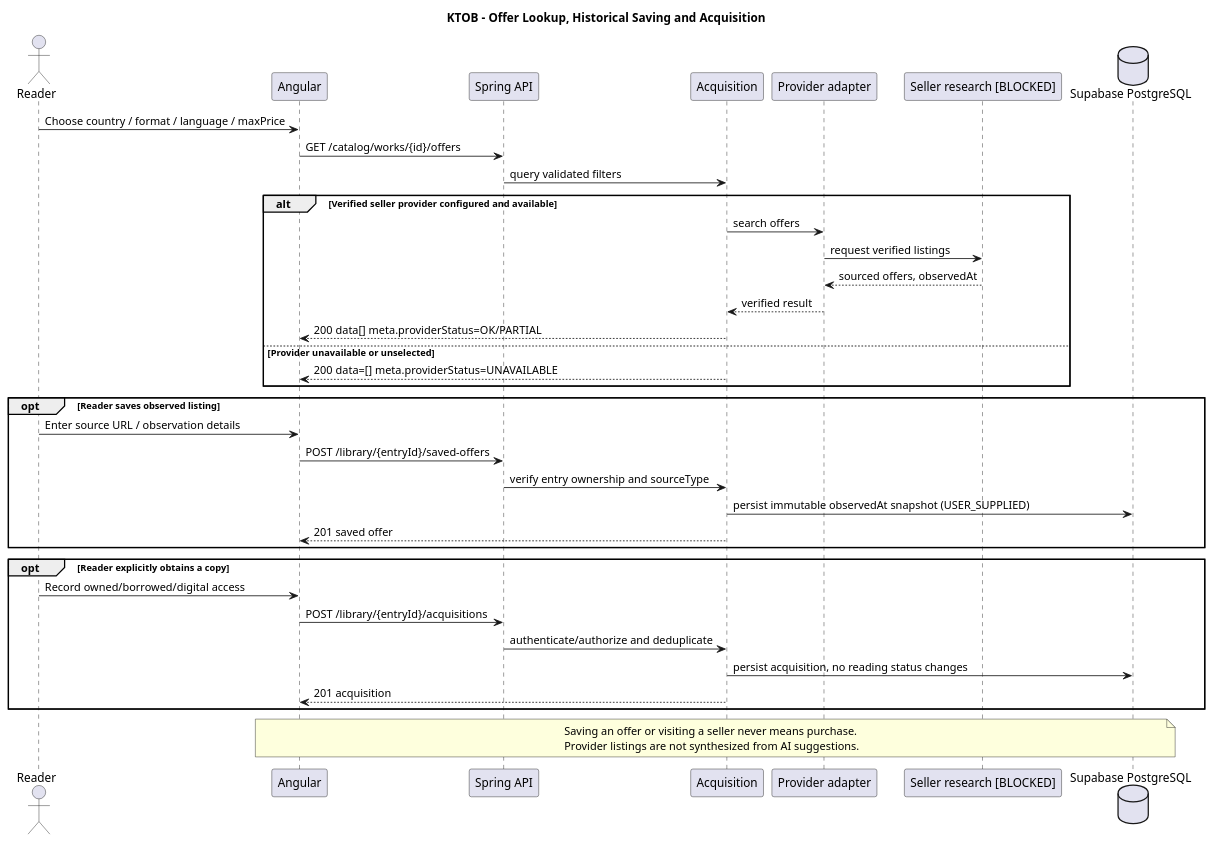
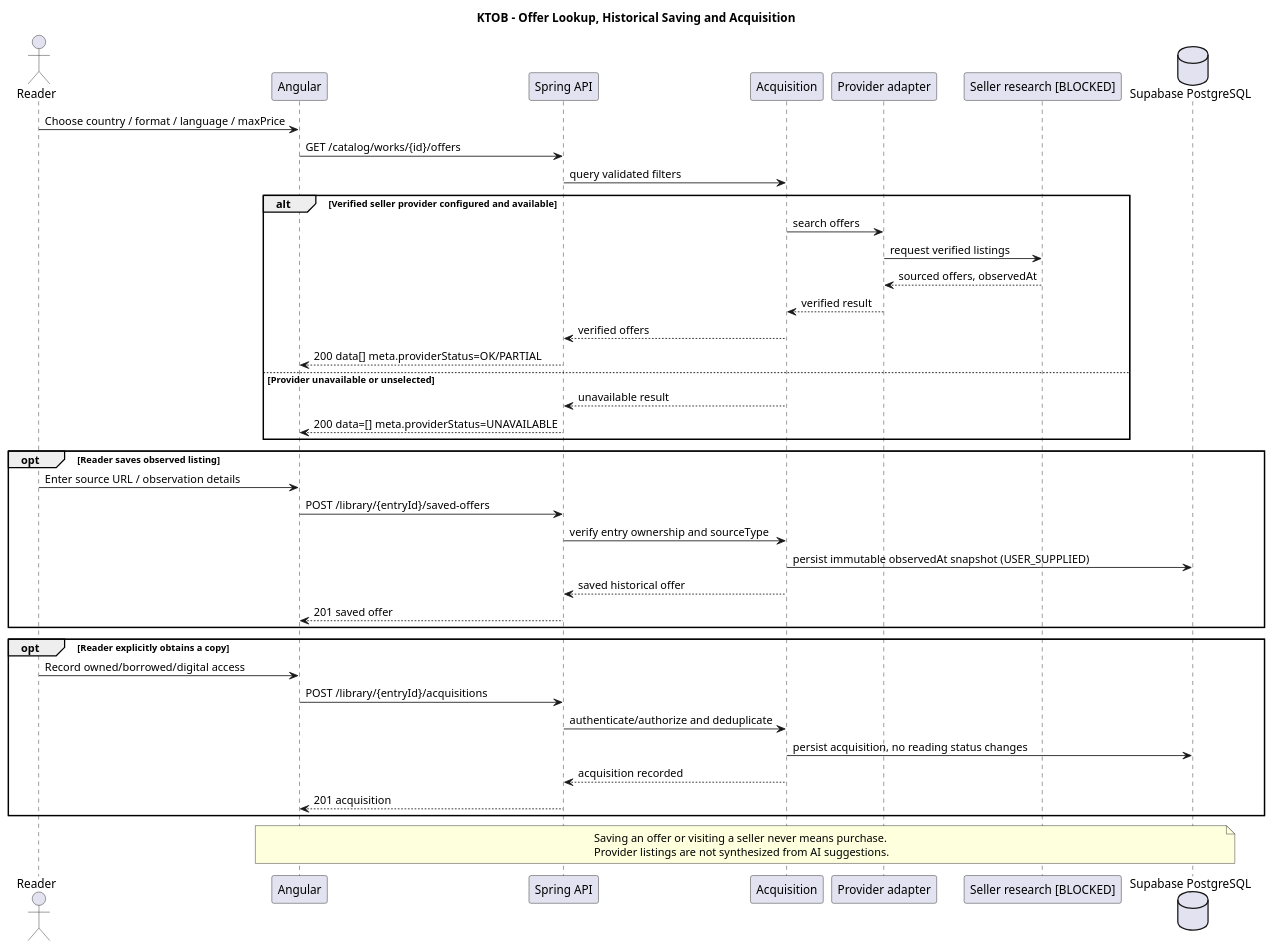
Before and after one commit to Adam-BArbia/ktob-literary-companion: the diagram in docs/uml/11-sequence-acquisition.puml, drawn with PlantUML. The commit also changed 6 other files, not shown here.

Commit message:
docs(uml): route all responses through API and harden real SVG validation

```diff
--- a/docs/uml/11-sequence-acquisition.puml
+++ b/docs/uml/11-sequence-acquisition.puml
@@ -1,40 +1,44 @@
 @startuml KTOB_11_sequence_acquisition
 title KTOB - Offer Lookup, Historical Saving and Acquisition
 actor Reader
 participant "Angular" as UI
 participant "Spring API" as API
 participant "Acquisition" as Acquisition
 participant "Provider adapter" as Adapter
 participant "Seller research [BLOCKED]" as Seller
 database "Supabase PostgreSQL" as DB
 Reader -> UI : Choose country / format / language / maxPrice
 UI -> API : GET /catalog/works/{id}/offers
 API -> Acquisition : query validated filters
 alt Verified seller provider configured and available
  Acquisition -> Adapter : search offers
  Adapter -> Seller : request verified listings
  Seller --> Adapter : sourced offers, observedAt
  Adapter --> Acquisition : verified result
- Acquisition --> UI : 200 data[] meta.providerStatus=OK/PARTIAL
+ Acquisition --> API : verified offers
+API --> UI : 200 data[] meta.providerStatus=OK/PARTIAL
 else Provider unavailable or unselected
- Acquisition --> UI : 200 data=[] meta.providerStatus=UNAVAILABLE
+ Acquisition --> API : unavailable result
+API --> UI : 200 data=[] meta.providerStatus=UNAVAILABLE
 end
 opt Reader saves observed listing
  Reader -> UI : Enter source URL / observation details
  UI -> API : POST /library/{entryId}/saved-offers
  API -> Acquisition : verify entry ownership and sourceType
  Acquisition -> DB : persist immutable observedAt snapshot (USER_SUPPLIED)
- Acquisition --> UI : 201 saved offer
+ Acquisition --> API : saved historical offer
+API --> UI : 201 saved offer
 end
 opt Reader explicitly obtains a copy
  Reader -> UI : Record owned/borrowed/digital access
  UI -> API : POST /library/{entryId}/acquisitions
  API -> Acquisition : authenticate/authorize and deduplicate
  Acquisition -> DB : persist acquisition, no reading status changes
- Acquisition --> UI : 201 acquisition
+ Acquisition --> API : acquisition recorded
+API --> UI : 201 acquisition
 end
 note over UI,DB
 Saving an offer or visiting a seller never means purchase.
 Provider listings are not synthesized from AI suggestions.
 end note
 @enduml
```
